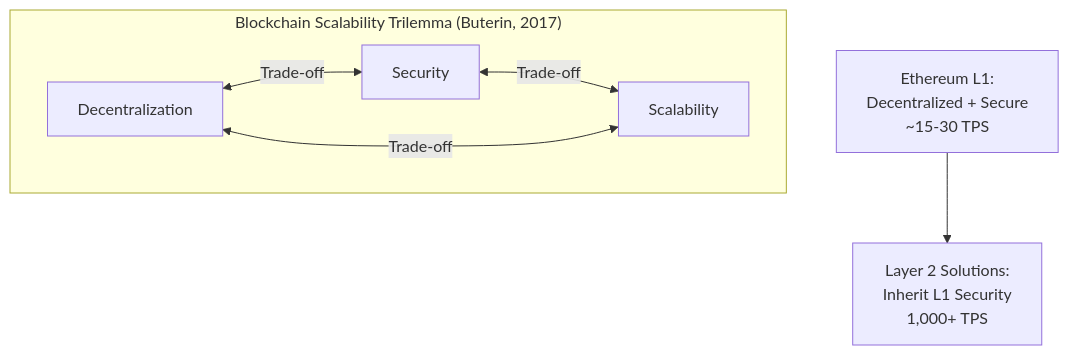
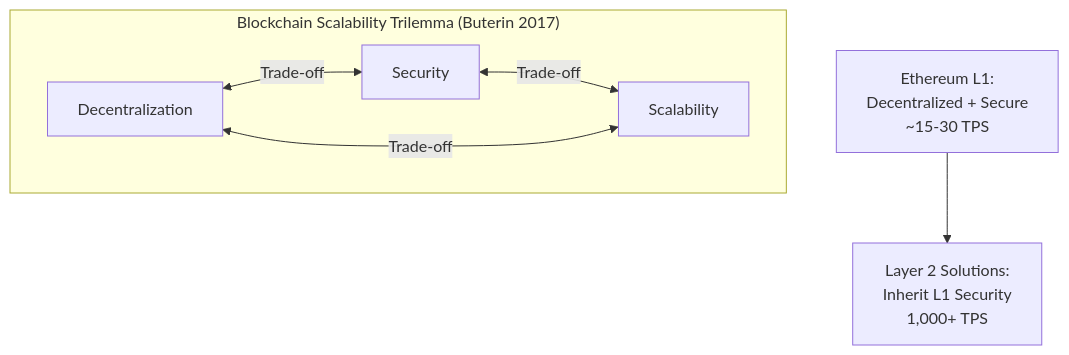
The diagram in docs/thesis/chapters/chapter-7-discussion.md (FoodTrace-2025/thesis), drawn with Mermaid before and after one commit. The commit also changed other lines of this file and 7 other files, not shown here.

````diff
--- a/docs/thesis/chapters/chapter-7-discussion.md
+++ b/docs/thesis/chapters/chapter-7-discussion.md
@@ -90,17 +90,17 @@
 ```mermaid
 flowchart TB
-    subgraph Trilemma["Blockchain Scalability Trilemma (Buterin, 2017)"]
+    subgraph Trilemma["Blockchain Scalability Trilemma (Buterin 2017)"]
         D[Decentralization]
         SC[Security]
         S[Scalability]
     end
 
     D <-->|Trade-off| SC
     SC <-->|Trade-off| S
     S <-->|Trade-off| D
 
     ETH[Ethereum L1:<br/>Decentralized + Secure<br/>~15-30 TPS]
     L2[Layer 2 Solutions:<br/>Inherit L1 Security<br/>1,000+ TPS]
 
     ETH --> L2
 ```
````
